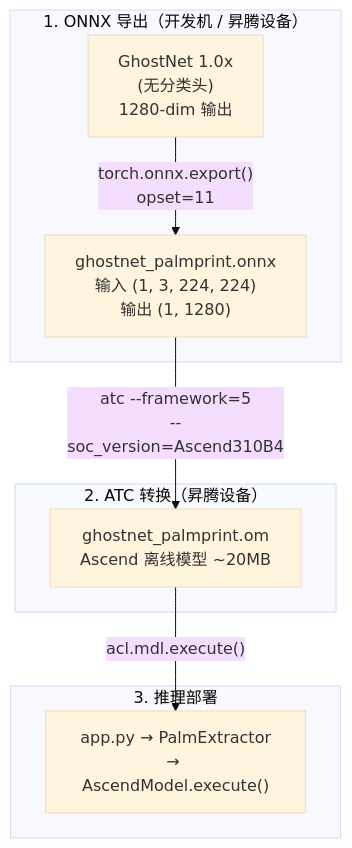
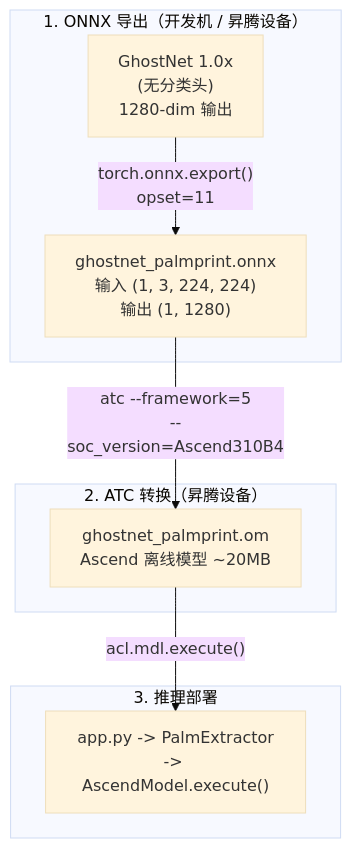
One commit to zhouxzh/Ascend310 changed the fourth of 7 diagrams in src/experiment/case4.md. Above: the diagram before and after it, drawn with Mermaid (base theme). The commit also changed other lines of this file and 51 other files, not shown here.

````diff
--- a/src/experiment/case4.md
+++ b/src/experiment/case4.md
@@ -374,19 +374,19 @@
 ```mermaid
 flowchart TD
     subgraph EXPORT["1. ONNX 导出（开发机 / 昇腾设备）"]
         GHOST["GhostNet 1.0x\n(无分类头)\n1280-dim 输出"]
         ONNX["ghostnet_palmprint.onnx\n输入 (1, 3, 224, 224)\n输出 (1, 1280)"]
     end
 
     subgraph CONVERT["2. ATC 转换（昇腾设备）"]
         OM["ghostnet_palmprint.om\nAscend 离线模型 ~20MB"]
     end
 
     subgraph DEPLOY["3. 推理部署"]
-        APP["app.py → PalmExtractor\n→ AscendModel.execute()"]
+        APP["app.py -> PalmExtractor\n-> AscendModel.execute()"]
     end
 
     GHOST -->|"torch.onnx.export()\nopset=11"| ONNX
     ONNX -->|"atc --framework=5\n--soc_version=Ascend310B4"| OM
     OM -->|"acl.mdl.execute()"| APP
 ```
````
